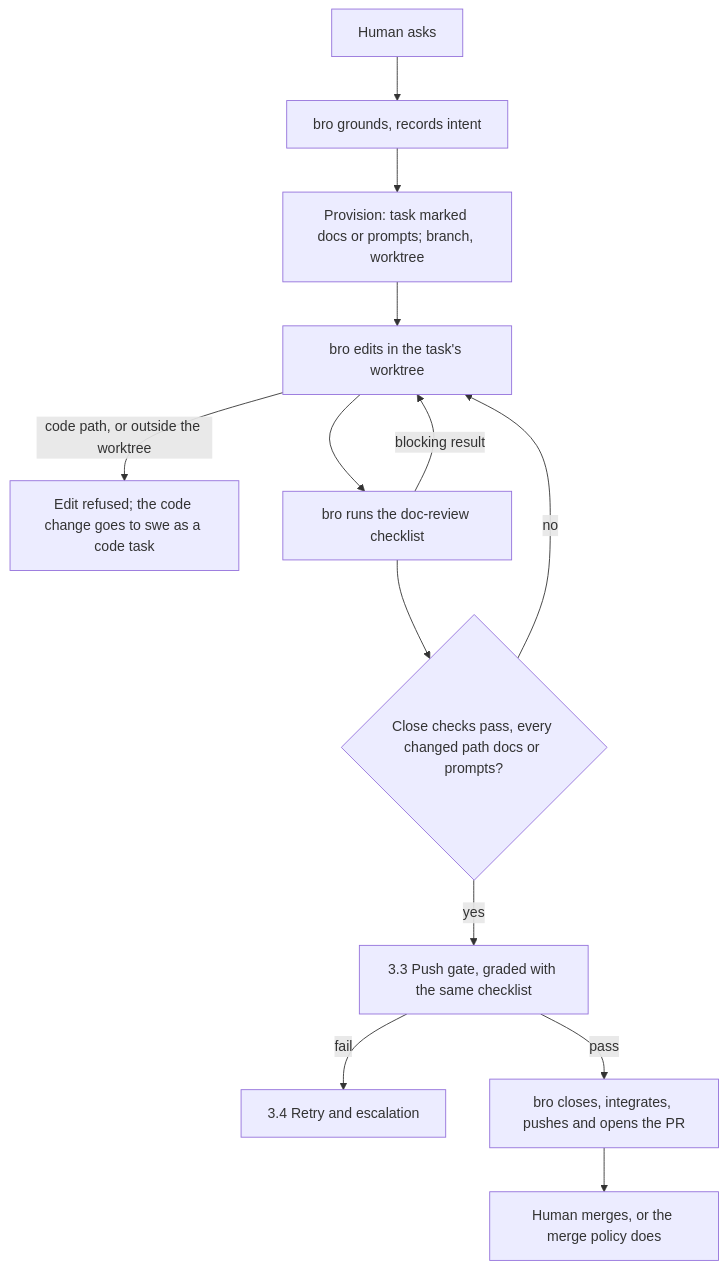
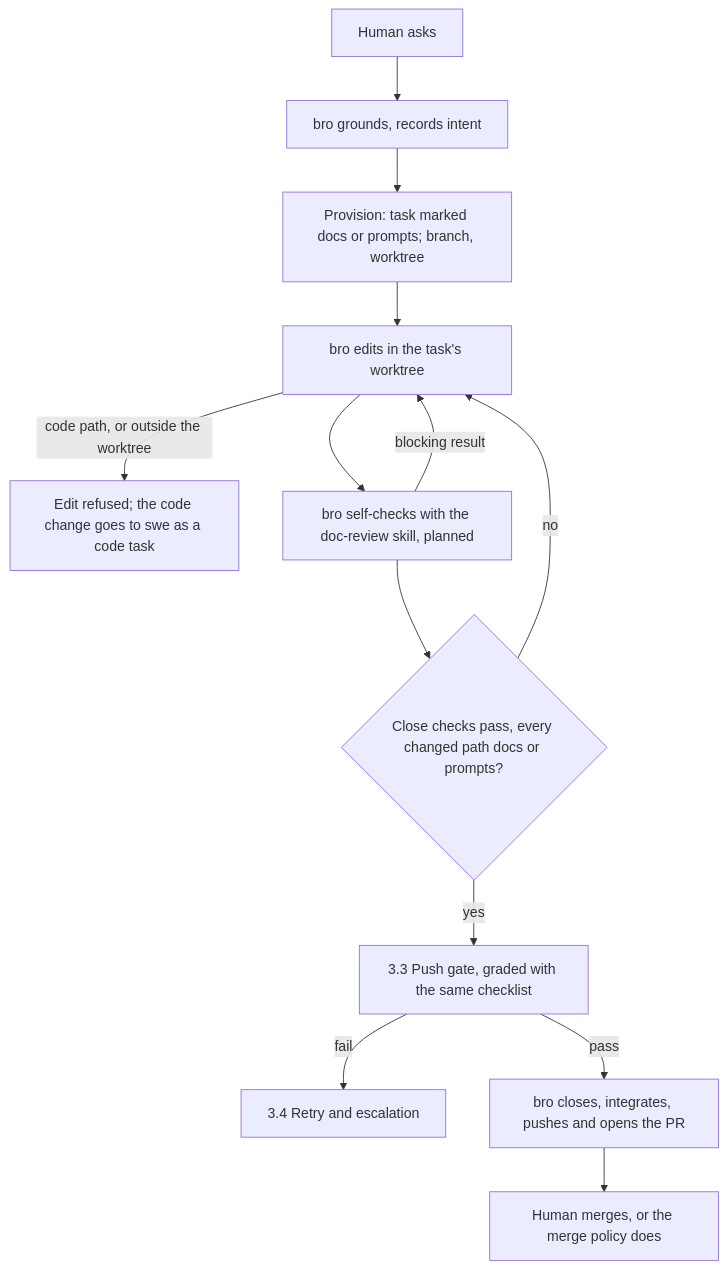
The second of 2 diagrams in docs/architecture/TASKS.md (trustmybot/plugin), drawn with Mermaid before and after one commit. The commit also changed other lines of this file and 1 other file, not shown here.

Commit message:
📝 docs(architecture): bro's doc-review self-check is planned (GH 3139)

````diff
--- a/docs/architecture/TASKS.md
+++ b/docs/architecture/TASKS.md
@@ -71,15 +71,15 @@
 ```mermaid
 flowchart TD
     A[Human asks] --> B[bro grounds, records intent]
     B --> C[Provision: task marked docs or prompts; branch, worktree]
     C --> D[bro edits in the task's worktree]
     D -- code path, or outside the worktree --> D1[Edit refused; the code change goes to swe as a code task]
-    D --> E[bro runs the doc-review checklist]
+    D --> E[bro self-checks with the doc-review skill, planned]
     E -- blocking result --> D
     E --> F{Close checks pass, every changed path docs or prompts?}
     F -- no --> D
     F -- yes --> G[3.3 Push gate, graded with the same checklist]
     G -- fail --> R[3.4 Retry and escalation]
     G -- pass --> P[bro closes, integrates, pushes and opens the PR]
     P --> Q[Human merges, or the merge policy does]
 ```
````
